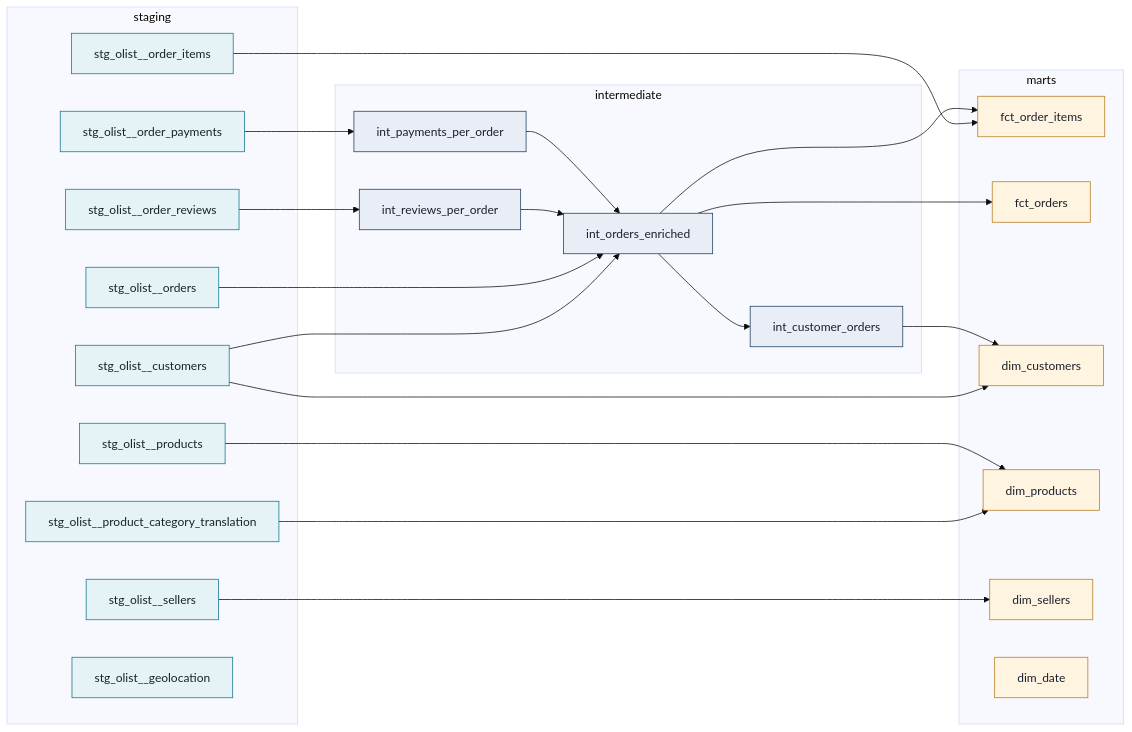
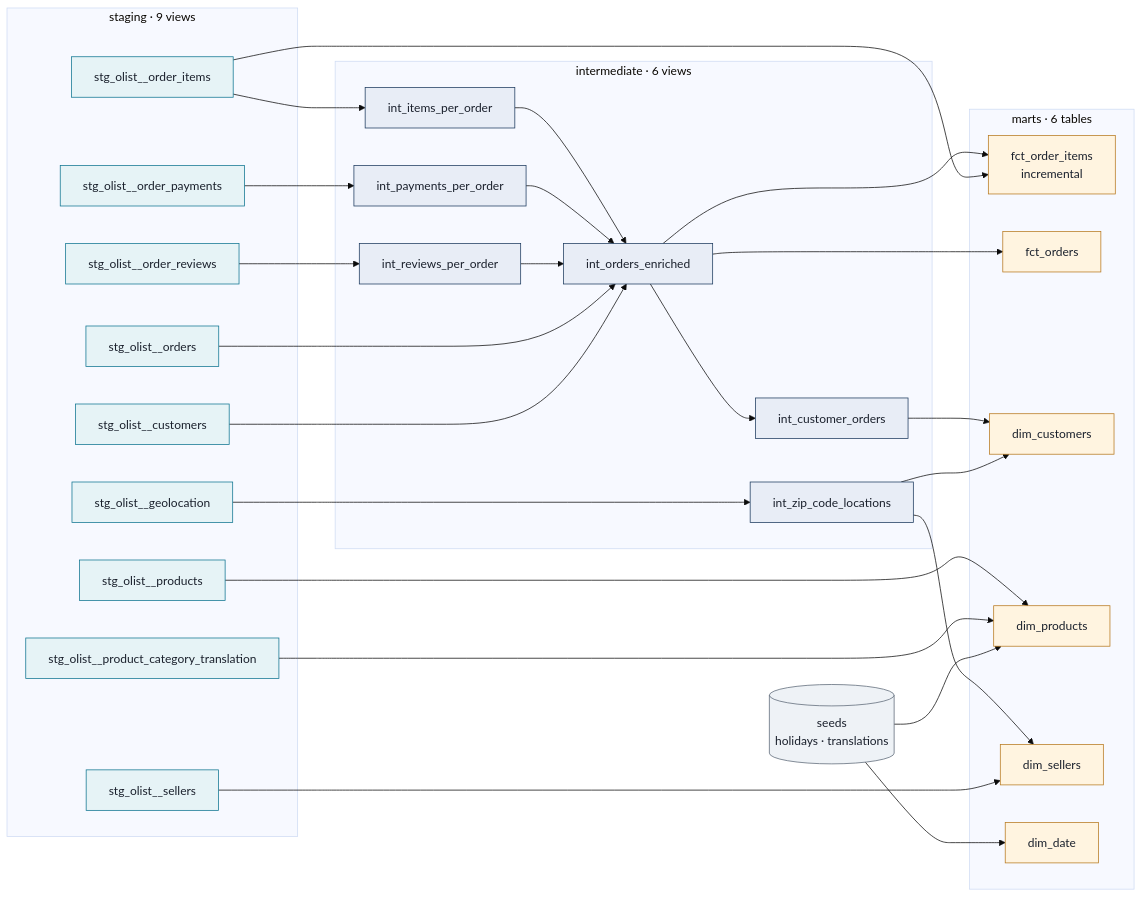
Before and after one commit to Samir-AISS/olist-ecommerce-data-platform: the second of 3 diagrams in README.md, drawn with Mermaid (base theme). The commit also changed other lines of this file and 29 other files, not shown here.

First line of the commit message:
feat: star schema, incremental fact table, snapshot and business tests (#3)

````diff
--- a/README.md
+++ b/README.md
@@ -116,50 +116,61 @@
 ```mermaid
 flowchart LR
-  subgraph S["staging"]
+  subgraph S["staging · 9 views"]
     s_ord["stg_olist__orders"]
     s_itm["stg_olist__order_items"]
     s_pay["stg_olist__order_payments"]
     s_rev["stg_olist__order_reviews"]
     s_cus["stg_olist__customers"]
     s_prd["stg_olist__products"]
     s_sel["stg_olist__sellers"]
     s_cat["stg_olist__product_category_translation"]
     s_geo["stg_olist__geolocation"]
   end
 
-  subgraph I["intermediate"]
+  subgraph I["intermediate · 6 views"]
+    i_itm["int_items_per_order"]
     i_pay["int_payments_per_order"]
     i_rev["int_reviews_per_order"]
     i_ord["int_orders_enriched"]
     i_cus["int_customer_orders"]
+    i_zip["int_zip_code_locations"]
   end
 
-  subgraph M["marts"]
-    f_itm["fct_order_items"]
+  subgraph M["marts · 6 tables"]
+    f_itm["fct_order_items<br/>incremental"]
     f_ord["fct_orders"]
     d_cus["dim_customers"]
     d_prd["dim_products"]
     d_sel["dim_sellers"]
     d_dat["dim_date"]
   end
 
+  seeds[("seeds<br/>holidays · translations")]
+
+  s_itm --> i_itm --> i_ord
   s_pay --> i_pay --> i_ord
   s_rev --> i_rev --> i_ord
   s_ord --> i_ord
   s_cus --> i_ord
   i_ord --> f_ord
   i_ord --> f_itm
   s_itm --> f_itm
   i_ord --> i_cus --> d_cus
-  s_cus --> d_cus
+  s_geo --> i_zip
+  i_zip --> d_cus
+  i_zip --> d_sel
   s_prd --> d_prd
   s_cat --> d_prd
   s_sel --> d_sel
+  seeds --> d_prd
+  seeds --> d_dat
 
   classDef stg fill:#E6F3F6,stroke:#0E7490,color:#1A202C
   classDef int fill:#E8EDF6,stroke:#1C3A5E,color:#1A202C
   classDef mart fill:#FFF4E0,stroke:#B7791F,color:#1A202C
+  classDef seed fill:#EEF2F6,stroke:#5B6675,color:#1A202C
   class s_ord,s_itm,s_pay,s_rev,s_cus,s_prd,s_sel,s_cat,s_geo stg
-  class i_pay,i_rev,i_ord,i_cus int
+  class i_itm,i_pay,i_rev,i_ord,i_cus,i_zip int
   class f_itm,f_ord,d_cus,d_prd,d_sel,d_dat mart
+  class seeds seed
 ```
````
